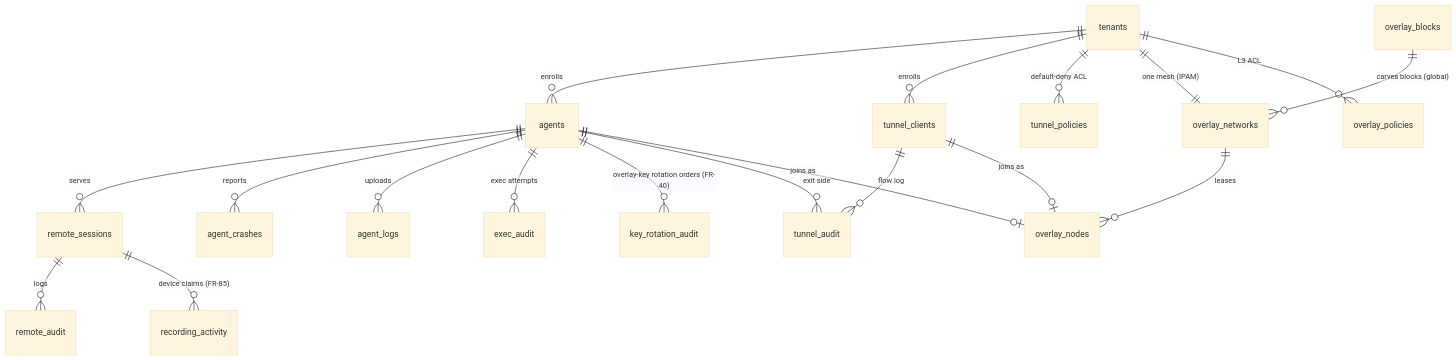
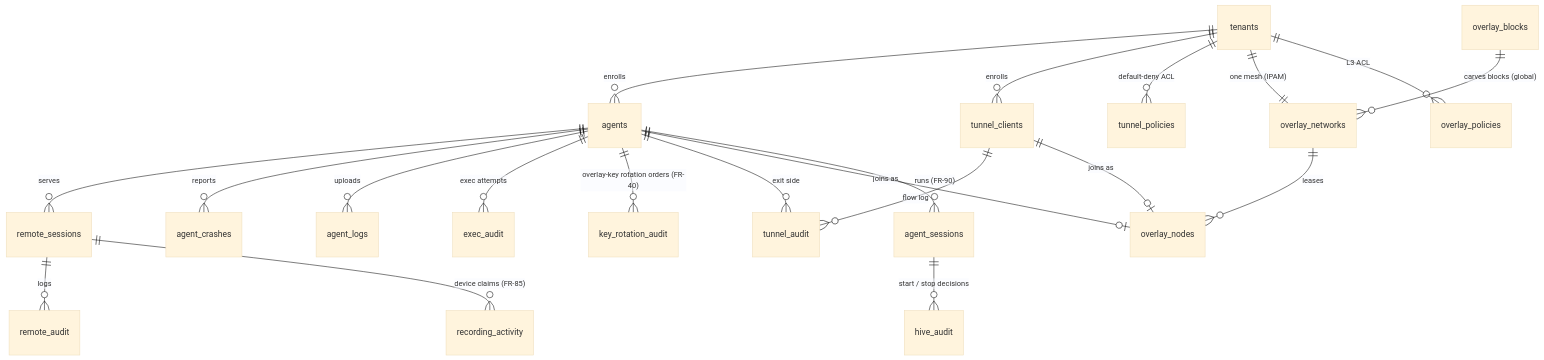
The second of 2 diagrams in docs/data-model.md (gjovanov/roomler-ai), drawn with Mermaid (base theme) before and after one commit. The commit also changed other lines of this file and 38 other files, not shown here.

First line of the commit message:
feat(fr-90): P0b - the hive module: agent sessions on the server, metadata only (#1827)

````diff
--- a/docs/data-model.md
+++ b/docs/data-model.md
@@ -61,21 +61,23 @@
 ```mermaid
 erDiagram
     tenants ||--o{ agents : enrolls
     agents ||--o{ remote_sessions : serves
     remote_sessions ||--o{ remote_audit : logs
     remote_sessions ||--o{ recording_activity : "device claims (FR-85)"
     agents ||--o{ agent_crashes : reports
     agents ||--o{ agent_logs : uploads
     agents ||--o{ exec_audit : "exec attempts"
     agents ||--o{ key_rotation_audit : "overlay-key rotation orders (FR-40)"
     tenants ||--o{ tunnel_clients : enrolls
     tenants ||--o{ tunnel_policies : "default-deny ACL"
     tunnel_clients ||--o{ tunnel_audit : "flow log"
     agents ||--o{ tunnel_audit : "exit side"
     tenants ||--|| overlay_networks : "one mesh (IPAM)"
     overlay_networks ||--o{ overlay_nodes : leases
     agents ||--o| overlay_nodes : "joins as"
     tunnel_clients ||--o| overlay_nodes : "joins as"
     tenants ||--o{ overlay_policies : "L3 ACL"
     overlay_blocks ||--o{ overlay_networks : "carves blocks (global)"
+    agents ||--o{ agent_sessions : "runs (FR-90)"
+    agent_sessions ||--o{ hive_audit : "start / stop decisions"
 ```
````
